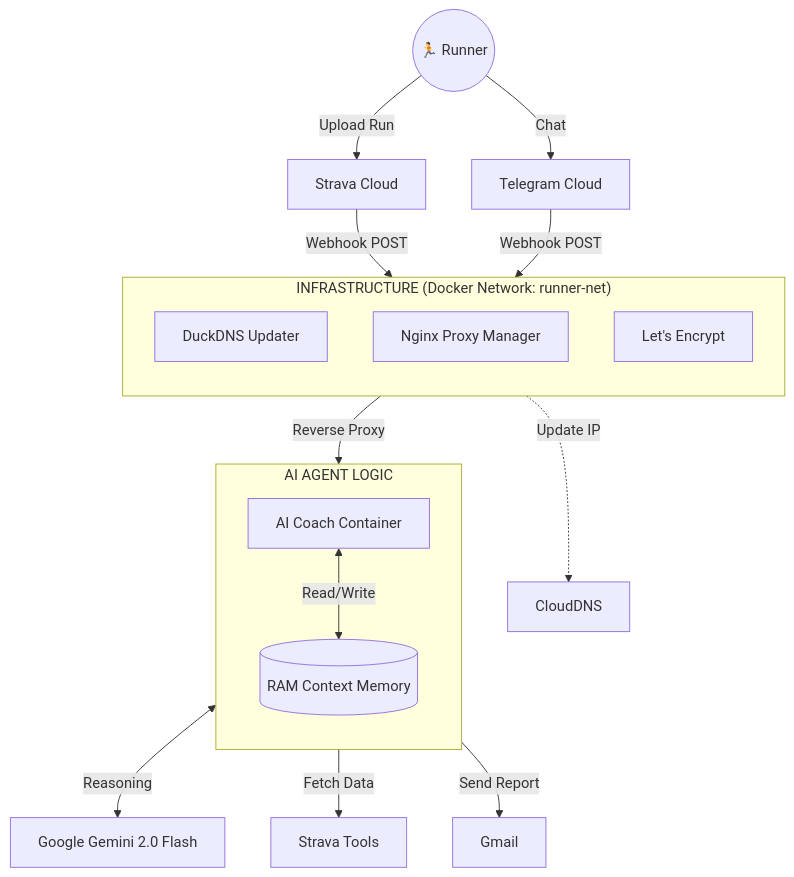
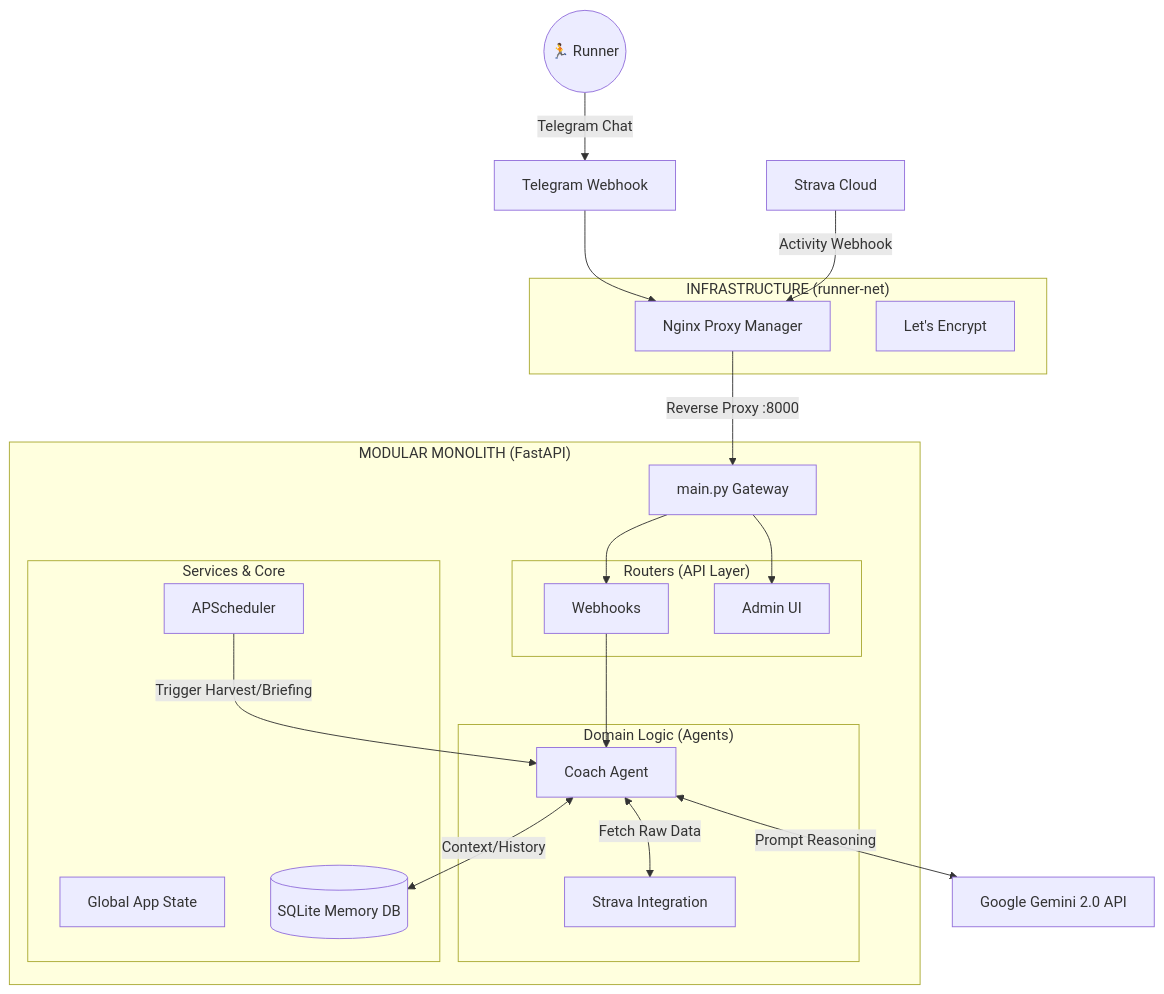
The diagram in README.md (batinh/AIRuningCoach), drawn with Mermaid before and after one commit. The commit also changed other lines of this file, not shown here.

````diff
--- a/README.md
+++ b/README.md
@@ -34,33 +34,49 @@
 ```mermaid
 graph TD
-    %% Actors
-    User((🏃 Runner)) -->|Upload Run| Strava[Strava Cloud]
-    User -->|Chat| Telegram[Telegram Cloud]
+    %% External Inputs
+    User(("🏃 Runner")) -->|"Telegram Chat"| Telegram["Telegram Webhook"]
+    StravaCloud["Strava Cloud"] -->|"Activity Webhook"| Nginx
 
-    %% Infrastructure Block
-    subgraph "INFRASTRUCTURE (Docker Network: runner-net)"
-        direction TB
-        DuckDNS[DuckDNS Updater]
-        Nginx[Nginx Proxy Manager]
-        SSL[Let's Encrypt]
+    %% Infra
+    subgraph "INFRASTRUCTURE (runner-net)"
+        Nginx["Nginx Proxy Manager"]
+        SSL["Let's Encrypt"]
     end
 
-    %% AI Application Block
-    subgraph "AI AGENT LOGIC"
-        direction TB
-        Agent[AI Coach Container]
-        Memory[(RAM Context Memory)]
+    %% Application
+    subgraph "MODULAR MONOLITH (FastAPI)"
+        Gateway["main.py Gateway"]
+        
+        subgraph "Routers (API Layer)"
+            HookRouter["Webhooks"]
+            AdminRouter["Admin UI"]
+        end
+        
+        subgraph "Services & Core"
+            Cron["APScheduler"]
+            State["Global App State"]
+            DB[("SQLite Memory DB")]
+        end
+        
+        subgraph "Domain Logic (Agents)"
+            Coach["Coach Agent"]
+            StravaAPI["Strava Integration"]
+        end
     end
 
+    %% External LLM
+    Gemini["Google Gemini 2.0 API"]
+
     %% Connections
-    Strava -->|Webhook POST| Nginx
-    Telegram -->|Webhook POST| Nginx
-    DuckDNS -.->|Update IP| CloudDNS
+    Telegram --> Nginx
+    Nginx -->|"Reverse Proxy :8000"| Gateway
+    Gateway --> HookRouter
+    Gateway --> AdminRouter
     
-    Nginx -->|Reverse Proxy| Agent
-    
-    Agent <-->|Read/Write| Memory
-    Agent <-->|Reasoning| Gemini[Google Gemini 2.0 Flash]
-    Agent -->|Fetch Data| StravaAPI[Strava Tools]
-    Agent -->|Send Report| SMTP[Gmail]
+    HookRouter --> Coach
+    Cron -->|"Trigger Harvest/Briefing"| Coach
+    Coach <-->|"Context/History"| DB
+    Coach <-->|"Fetch Raw Data"| StravaAPI
+    Coach <-->|"Prompt Reasoning"| Gemini
+
 ```
````
